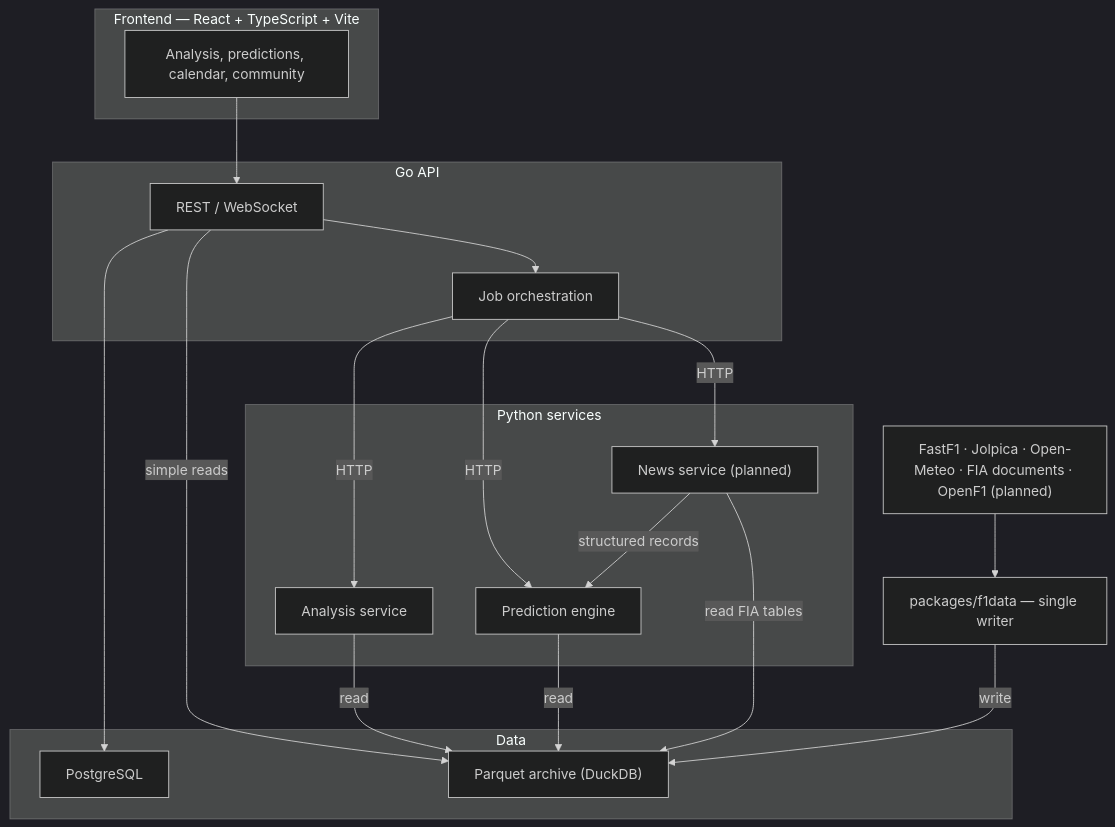
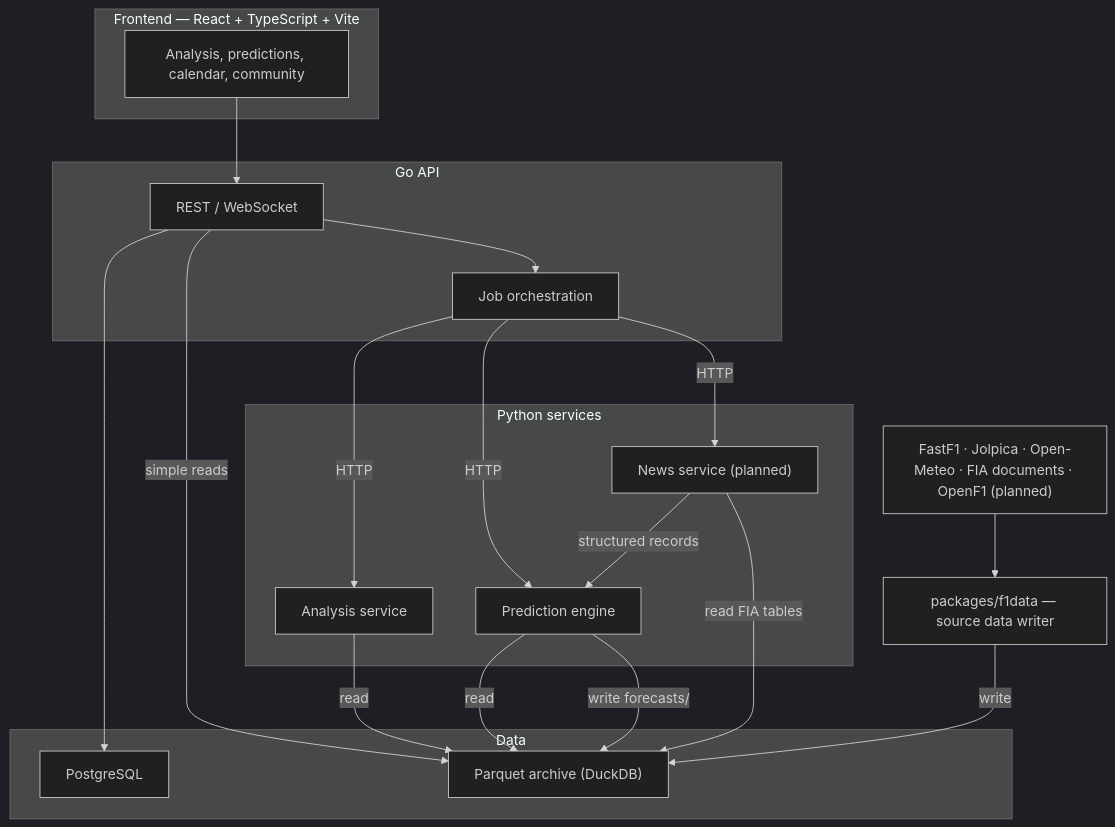
Before and after one commit to adityapandeydev/F1Stratagem: the second of 11 diagrams in Architecture.md, drawn with Mermaid (dark theme). The commit also changed other lines of this file and 3 other files, not shown here.

First line of the commit message:
docs: one writer per archive dataset; the prediction engine owns the forecast ledger

````diff
--- a/Architecture.md
+++ b/Architecture.md
@@ -91,39 +91,40 @@
 ```mermaid
 graph TB
     subgraph Frontend["Frontend — React + TypeScript + Vite"]
         UI["Analysis, predictions, calendar, community"]
     end
 
     subgraph API["Go API"]
         REST["REST / WebSocket"]
         Jobs["Job orchestration"]
     end
 
     subgraph Services["Python services"]
         Analysis["Analysis service"]
         Predictor["Prediction engine"]
         News["News service (planned)"]
     end
 
     subgraph Data["Data"]
         PG["PostgreSQL"]
         Archive["Parquet archive (DuckDB)"]
     end
 
-    F1Data["packages/f1data — single writer"]
+    F1Data["packages/f1data — source data writer"]
     Sources["FastF1 · Jolpica · Open-Meteo · FIA documents · OpenF1 (planned)"]
 
     UI --> REST
     REST --> PG
     REST -->|simple reads| Archive
     REST --> Jobs
     Jobs -->|HTTP| Analysis
     Jobs -->|HTTP| Predictor
     Jobs -->|HTTP| News
     Analysis -->|read| Archive
     Predictor -->|read| Archive
+    Predictor -->|write forecasts/| Archive
     News -->|read FIA tables| Archive
     News -->|structured records| Predictor
     Sources --> F1Data
     F1Data -->|write| Archive
 ```
````
